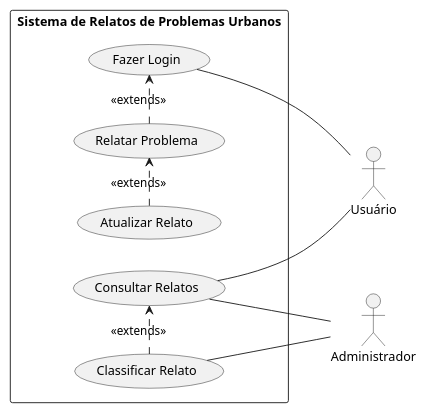
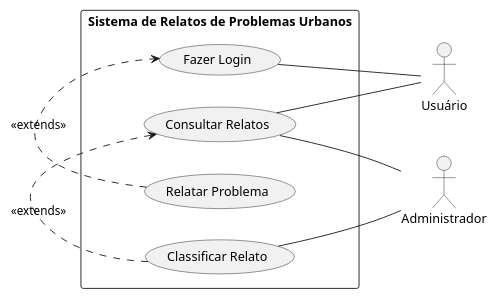
One commit to RenataArdito/Alerta-ADS changed the diagram in UseCase.md. Above: the diagram before and after it, drawn with PlantUML.

````diff
--- a/UseCase.md
+++ b/UseCase.md
@@ -1,30 +1,28 @@
 ```plantuml
 @startuml
 
 scale 0.9
 left to right direction
 
 rectangle "Sistema de Relatos de Problemas Urbanos"{
 
 usecase "Fazer Login" as UC001
 usecase "Relatar Problema" as UC002
-usecase "Atualizar Relato" as UC003
-usecase "Classificar Relato" as UC004
-usecase "Consultar Relatos" as UC005
+usecase "Classificar Relato" as UC003
+usecase "Consultar Relatos" as UC004
 }
 
 actor "Usuário" as a001
 actor "Administrador" as a002
 
 UC002 .> UC001: <<extends>>
-UC003 .> UC002: <<extends>>
 a001 -- UC001
 
-UC004 .> UC005: <<extends>>
-a002 -- UC004
+UC003 .> UC004: <<extends>>
+a002 -- UC003
 
-UC005 -- a001
-UC005 -- a002
+UC004 -- a001
+UC004 -- a002
 
 @enduml
 ```
````
